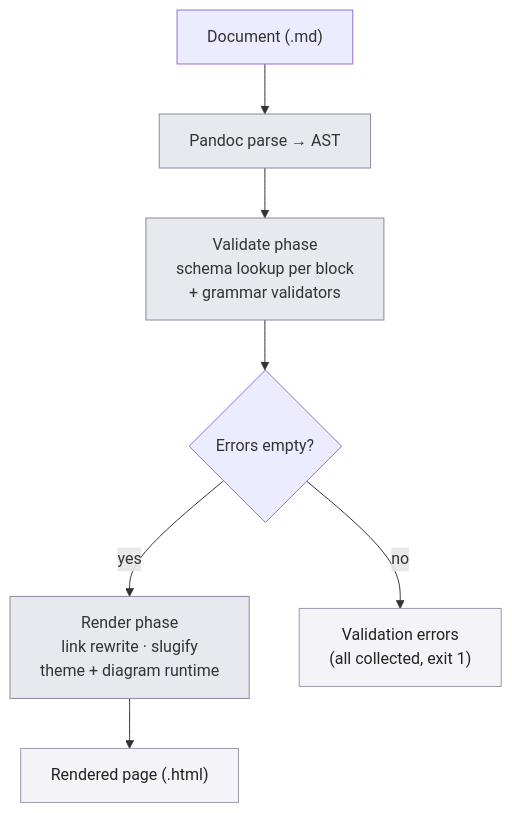
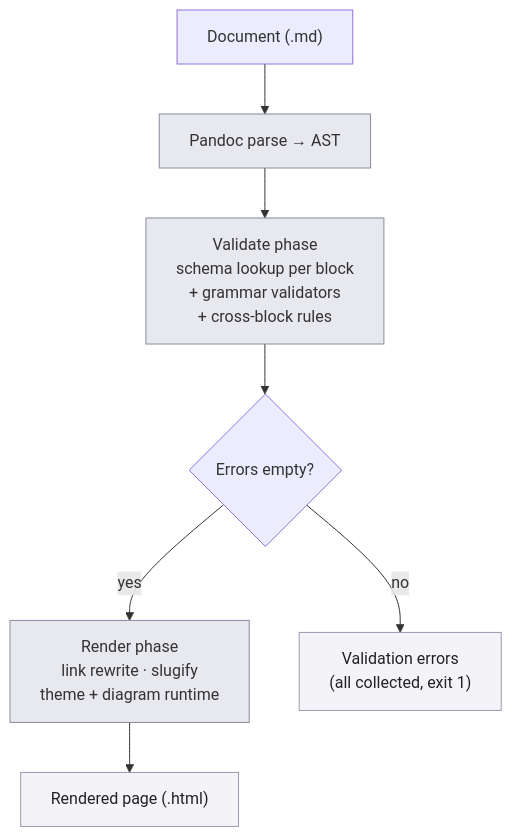
The diagram in docs/design/design.md (lostbean/richmd), drawn with Mermaid before and after one commit. The commit also changed other lines of this file and 16 other files, not shown here.

First line of the commit message:
Add cross-block validation rules, render --check, and config-directory discovery (#14)

````diff
--- a/docs/design/design.md
+++ b/docs/design/design.md
@@ -178,19 +185,19 @@
 ```mermaid
 graph TD
     Doc["Document (.md)"]
     Parse["Pandoc parse → AST"]
-    Validate["Validate phase\nschema lookup per block\n+ grammar validators"]
+    Validate["Validate phase\nschema lookup per block\n+ grammar validators\n+ cross-block rules"]
     Gate{"Errors empty?"}
     Render["Render phase\nlink rewrite · slugify\ntheme + diagram runtime"]
     Page["Rendered page (.html)"]
     Errors["Validation errors\n(all collected, exit 1)"]
 
     Doc --> Parse --> Validate --> Gate
     Gate -->|yes| Render --> Page
     Gate -->|no| Errors
 
     classDef core fill:#e8e8ef,stroke:#8a8aa0,color:#333;
     classDef terminal fill:#f4f4f8,stroke:#9a9ab0,color:#222;
     class Parse,Validate,Render core;
     class Page,Errors terminal;
 ```
````
